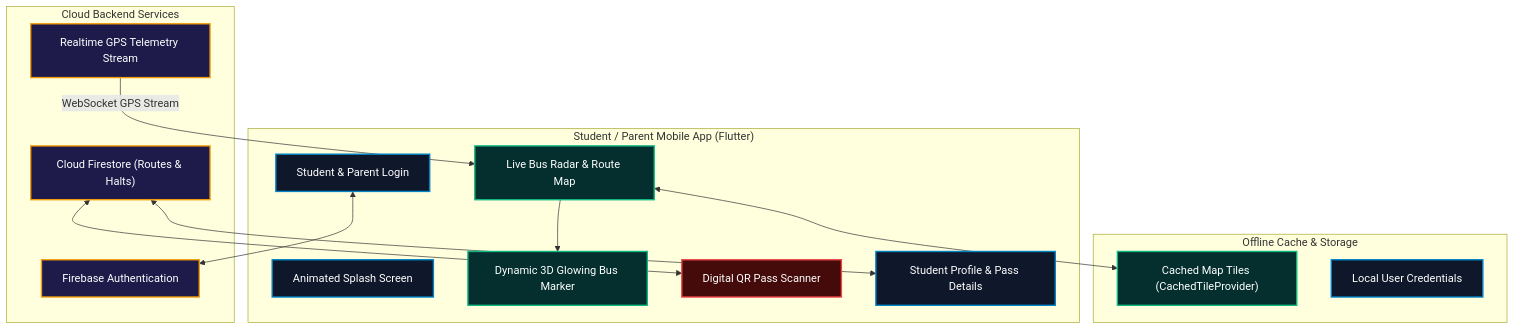
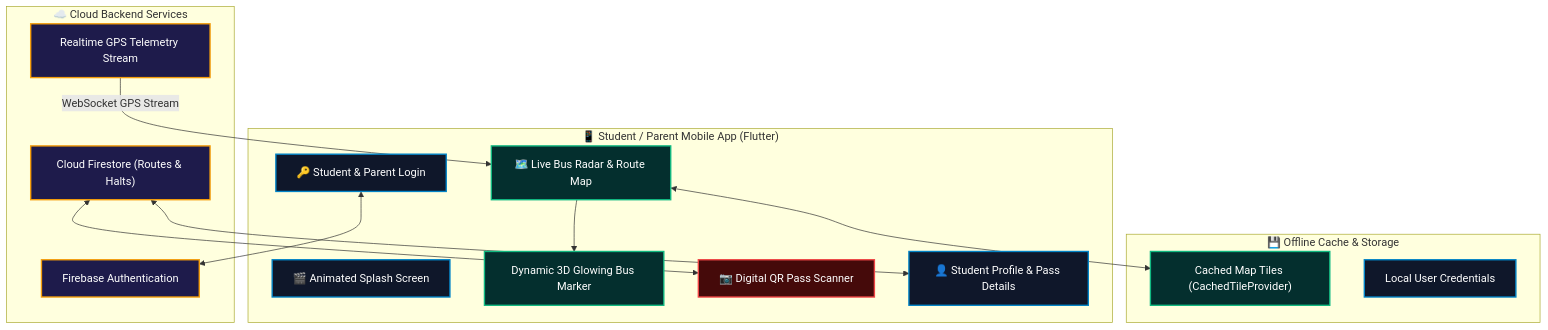
One commit to maniscap/SIST-BUS-project-student-app changed the diagram in README.md. Above: the diagram before and after it, drawn with Mermaid. The commit also changed other lines of this file, not shown here.

````diff
--- a/README.md
+++ b/README.md
@@ -42,32 +40,32 @@
 ```mermaid
 flowchart TD
     classDef flutter fill:#0f172a,stroke:#0284c7,stroke-width:2px,color:#fff;
     classDef fb fill:#1e1b4b,stroke:#f59e0b,stroke-width:2px,color:#fff;
     classDef map fill:#042f2e,stroke:#10b981,stroke-width:2px,color:#fff;
     classDef scan fill:#450a0a,stroke:#ef4444,stroke-width:2px,color:#fff;
 
-    subgraph Commuter["Student / Parent Mobile App (Flutter)"]
-        Splash["Animated Splash Screen"]:::flutter
-        Auth["Student & Parent Login"]:::flutter
-        LiveRadar["Live Bus Radar & Route Map"]:::map
+    subgraph Commuter["📱 Student / Parent Mobile App (Flutter)"]
+        Splash["🎬 Animated Splash Screen"]:::flutter
+        Auth["🔑 Student & Parent Login"]:::flutter
+        LiveRadar["🗺️ Live Bus Radar & Route Map"]:::map
         BusMarker["Dynamic 3D Glowing Bus Marker"]:::map
-        QRScanner["Digital QR Pass Scanner"]:::scan
-        Profile["Student Profile & Pass Details"]:::flutter
+        QRScanner["📷 Digital QR Pass Scanner"]:::scan
+        Profile["👤 Student Profile & Pass Details"]:::flutter
     end
 
-    subgraph FirebaseCloud["Cloud Backend Services"]
+    subgraph FirebaseCloud["☁️ Cloud Backend Services"]
         FirebaseAuth["Firebase Authentication"]:::fb
         Firestore["Cloud Firestore (Routes & Halts)"]:::fb
         RealtimeDB["Realtime GPS Telemetry Stream"]:::fb
     end
 
-    subgraph OfflineCache["Offline Cache & Storage"]
+    subgraph OfflineCache["💾 Offline Cache & Storage"]
         TileCache["Cached Map Tiles (CachedTileProvider)"]:::map
         Preferences["Local User Credentials"]:::flutter
     end
 
     Auth <--> FirebaseAuth
     RealtimeDB -->|WebSocket GPS Stream| LiveRadar --> BusMarker
     Firestore <--> Profile & QRScanner
     LiveRadar <--> TileCache
 ```
````
